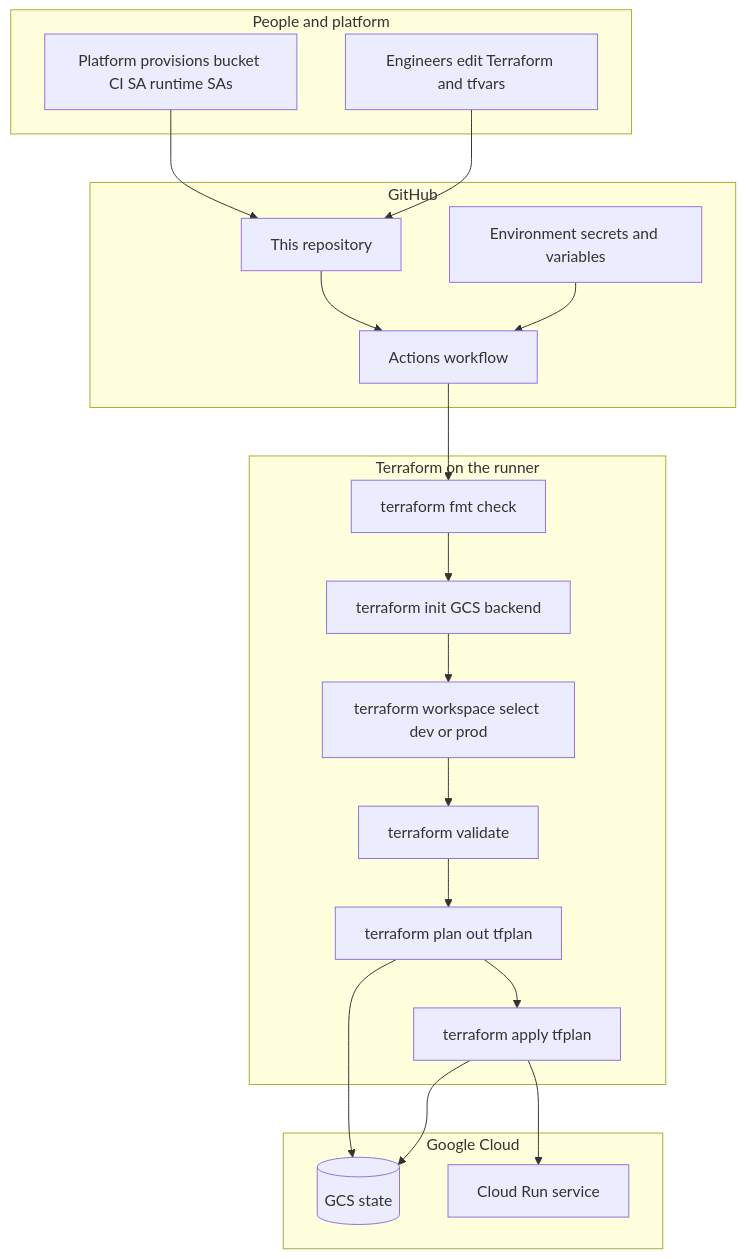
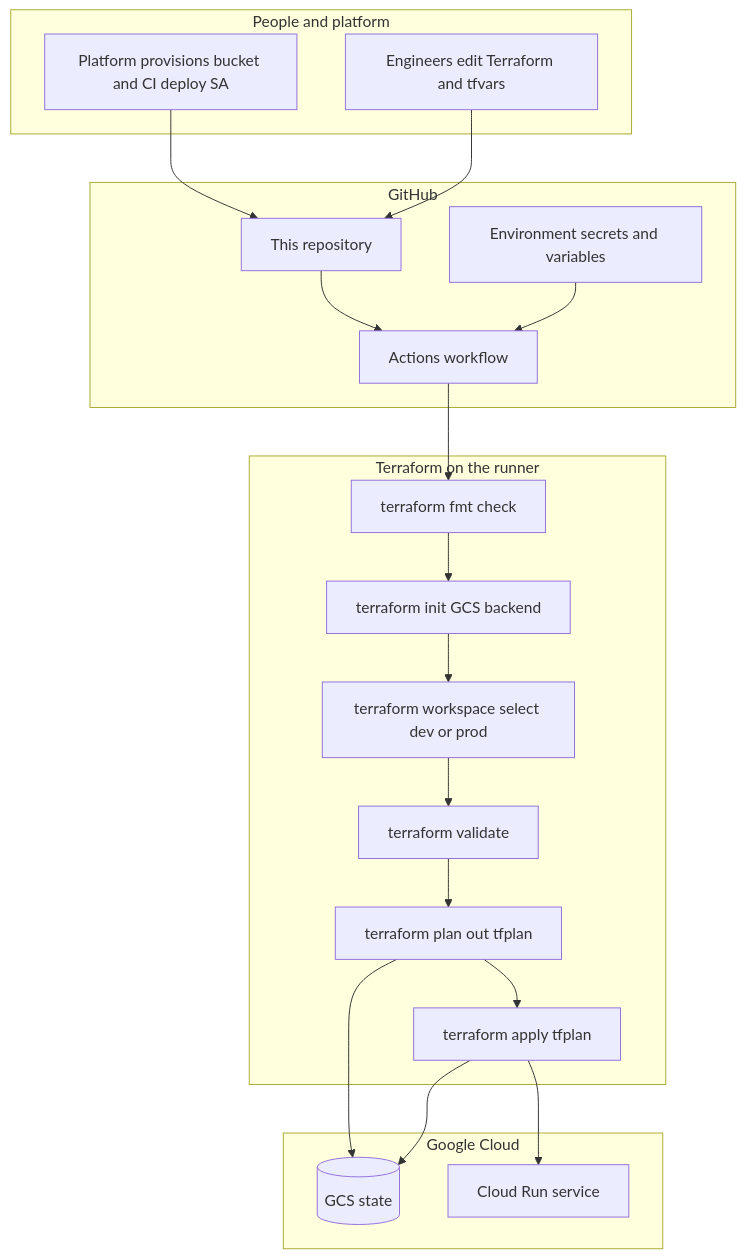
Before and after one commit to almssp/gcp-cloud-run-terraform: the first of 4 diagrams in README.md, drawn with Mermaid. The commit also changed other lines of this file, not shown here.

````diff
--- a/README.md
+++ b/README.md
@@ -31,37 +31,37 @@
 ```mermaid
 flowchart TB
   subgraph people [People and platform]
     eng[Engineers edit Terraform and tfvars]
-    plat[Platform provisions bucket CI SA runtime SAs]
+    plat[Platform provisions bucket and CI deploy SA]
   end
   subgraph github [GitHub]
     repo[This repository]
     gha[Actions workflow]
     envcfg[Environment secrets and variables]
   end
   subgraph tfRunner [Terraform on the runner]
     initStep[terraform init GCS backend]
     wsSelect[terraform workspace select dev or prod]
     fmtStep[terraform fmt check]
     valStep[terraform validate]
     planStep[terraform plan out tfplan]
     applyStep[terraform apply tfplan]
   end
   subgraph gcp [Google Cloud]
     gcs[(GCS state)]
     cloudRunSvc[Cloud Run service]
   end
   plat --> repo
   eng --> repo
   repo --> gha
   envcfg --> gha
   gha --> fmtStep
   fmtStep --> initStep
   initStep --> wsSelect
   wsSelect --> valStep
   valStep --> planStep
   planStep --> gcs
   planStep --> applyStep
   applyStep --> gcs
   applyStep --> cloudRunSvc
 ```
````
